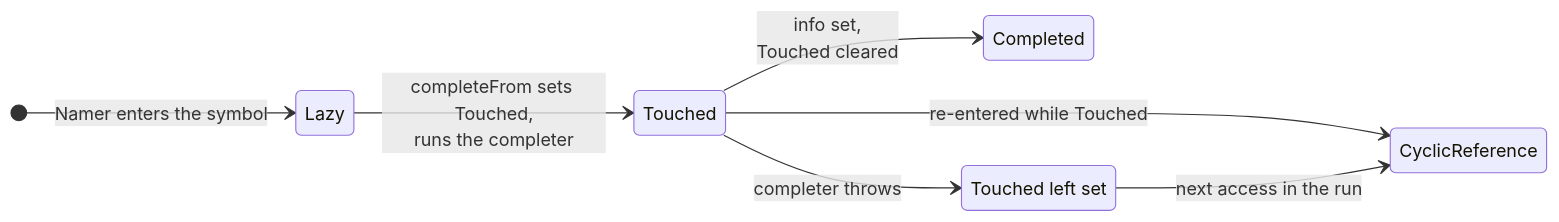
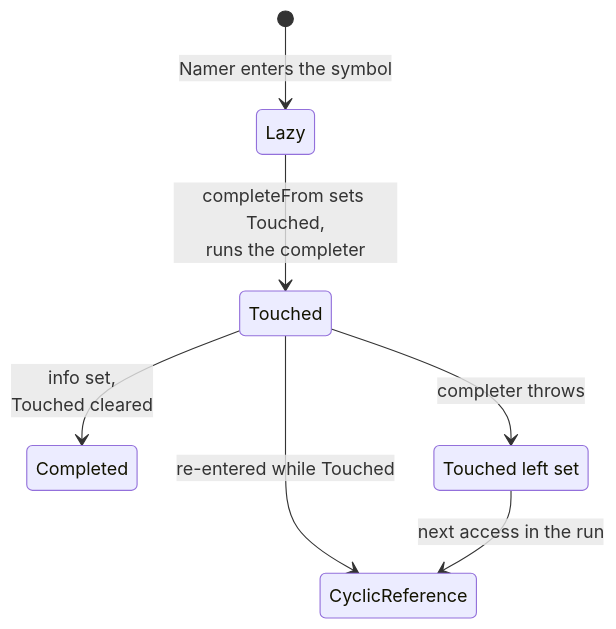
The third of 12 diagrams in dotc-interactive/talk.md (retronym/talks), drawn with Mermaid before and after one commit. The commit also changed other lines of this file and 1 other file, not shown here.

First line of the commit message:
dotc-interactive: fix the lazy-resolve state diagram; make wide mermaid diagrams legible

````diff
--- a/dotc-interactive/talk.md
+++ b/dotc-interactive/talk.md
@@ -63,12 +58,12 @@
 ```mermaid
 stateDiagram-v2
-  direction LR
+  direction TB
   [*] --> Lazy: Namer enters the symbol
   Lazy --> Touched: completeFrom sets Touched,<br/>runs the completer
   Touched --> Completed: info set,<br/>Touched cleared
   Touched --> Cyclic: re-entered while Touched
   Cyclic: CyclicReference
   Touched --> Leaked: completer throws
   Leaked: Touched left set
   Leaked --> Cyclic: next access in the run
 ```
````
